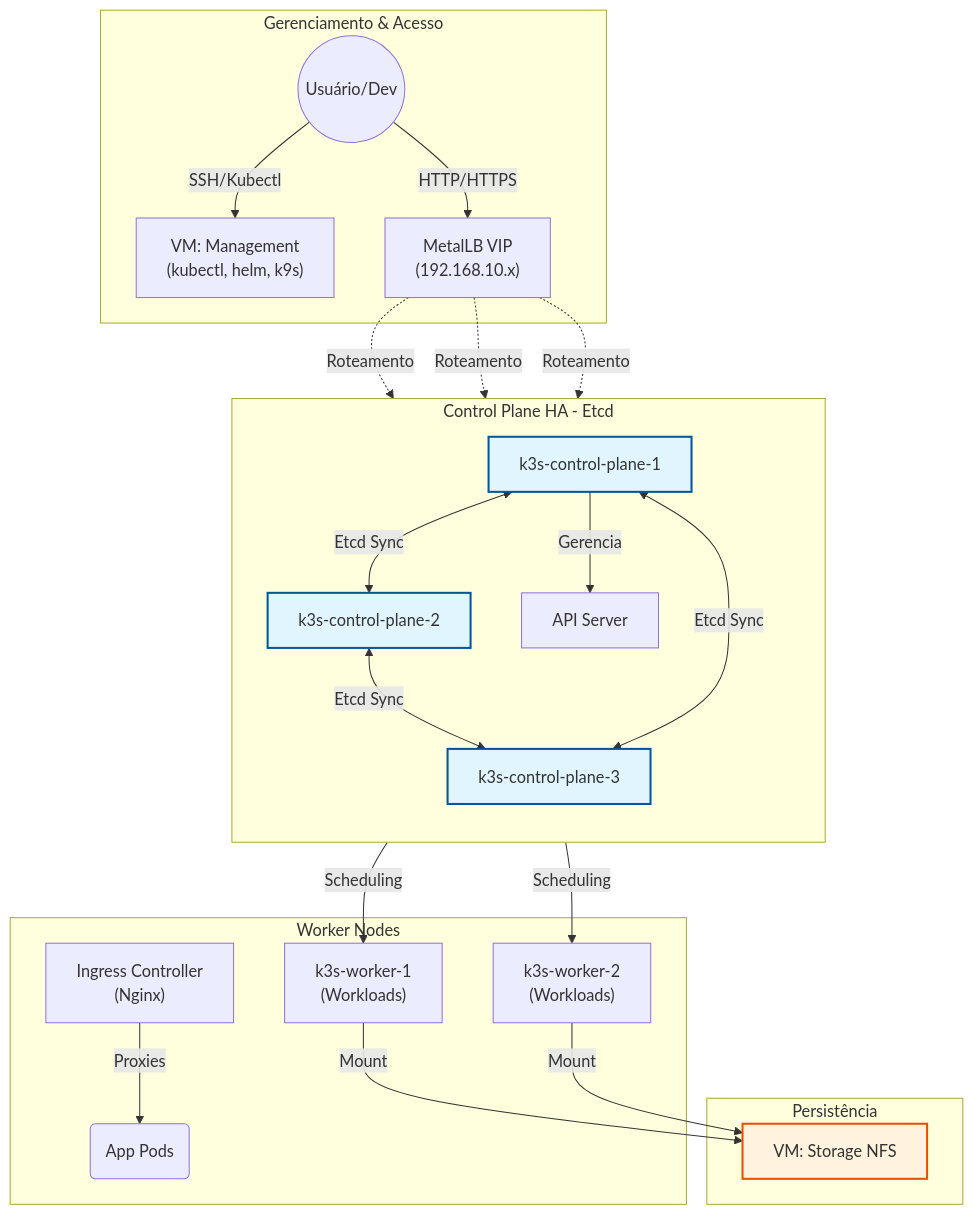
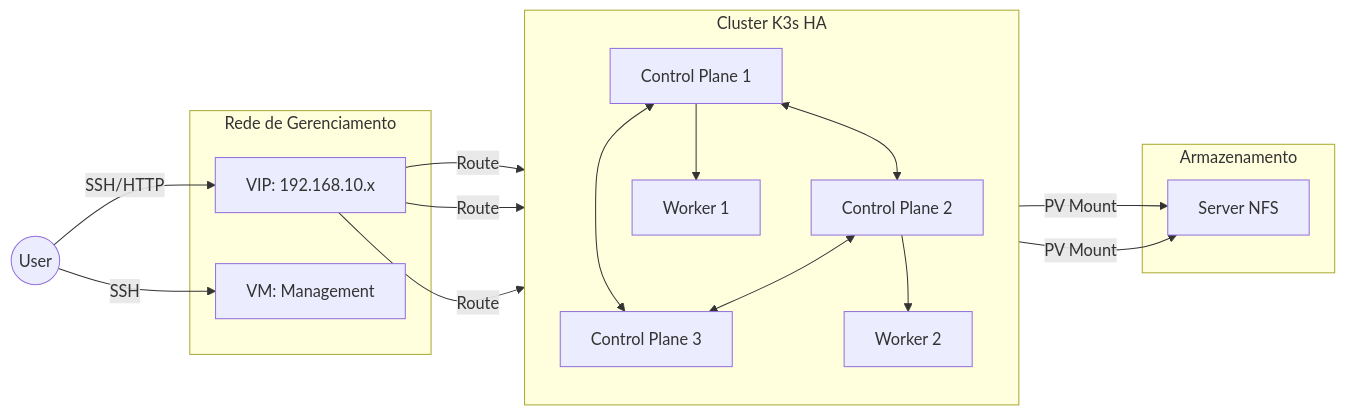
The diagram in scripts-k3s-kubernetes/README.md (hugllaslima/proxmox-ve-automation), drawn with Mermaid before and after one commit.

Commit message:
K3s na versão final testado e homologado

````diff
--- a/scripts-k3s-kubernetes/README.md
+++ b/scripts-k3s-kubernetes/README.md
@@ -64,43 +64,31 @@
 ```mermaid
-graph TD
-    subgraph Management_Zone [Gerenciamento & Acesso]
-        User((Usuário/Dev)) -->|SSH/Kubectl| Management["VM: Management\n(kubectl, helm, k9s)"]
-        User -->|HTTP/HTTPS| VIP["MetalLB VIP\n(192.168.10.x)"]
+graph LR
+    User((User)) -->|SSH/HTTP| MetalLB
+    User -->|SSH| Management
+    
+    subgraph Management_Net [Rede de Gerenciamento]
+        Management[VM: Management]
+        MetalLB[VIP: 192.168.10.x]
     end
 
-    subgraph Control_Plane [Control Plane HA - Etcd]
+    subgraph Cluster_K3s [Cluster K3s HA]
         direction TB
-        VIP -.->|Roteamento| CP1
-        VIP -.->|Roteamento| CP2
-        VIP -.->|Roteamento| CP3
+        CP1[Control Plane 1] <--> CP2[Control Plane 2]
+        CP2 <--> CP3[Control Plane 3]
+        CP3 <--> CP1
         
-        CP1[k3s-control-plane-1] <-->|Etcd Sync| CP2[k3s-control-plane-2]
-        CP2 <-->|Etcd Sync| CP3[k3s-control-plane-3]
-        CP3 <-->|Etcd Sync| CP1
+        MetalLB -->|Route| CP1
+        MetalLB -->|Route| CP2
+        MetalLB -->|Route| CP3
         
-        CP1 -->|Gerencia| API[API Server]
+        CP1 --> Worker1[Worker 1]
+        CP2 --> Worker2[Worker 2]
     end
 
-    subgraph Data_Plane [Worker Nodes]
-        Worker1["k3s-worker-1\n(Workloads)"]
-        Worker2["k3s-worker-2\n(Workloads)"]
-        
-        API -->|Scheduling| Worker1
-        API -->|Scheduling| Worker2
-        
-        Ingress["Ingress Controller\n(Nginx)"] -->|Proxies| Pods(App Pods)
+    subgraph Storage [Armazenamento]
+        NFS[Server NFS]
     end
 
-    subgraph Storage_Zone [Persistência]
-        NFS[VM: Storage NFS]
-        Worker1 -->|Mount| NFS
-        Worker2 -->|Mount| NFS
-    end
-
-    classDef plain fill:#fff,stroke:#333,stroke-width:1px;
-    classDef highlight fill:#e1f5fe,stroke:#01579b,stroke-width:2px;
-    classDef storage fill:#fff3e0,stroke:#e65100,stroke-width:2px;
-    
-    class CP1,CP2,CP3 highlight;
-    class NFS storage;
+    Worker1 -->|PV Mount| NFS
+    Worker2 -->|PV Mount| NFS
 ```
````
